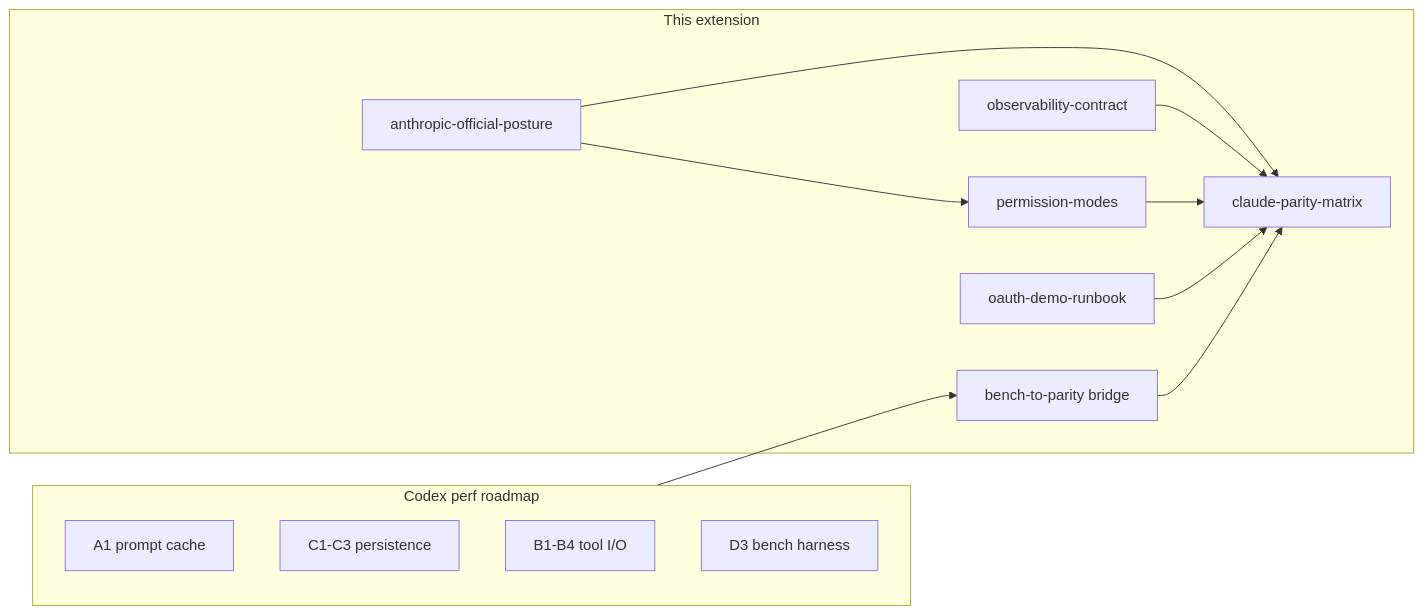
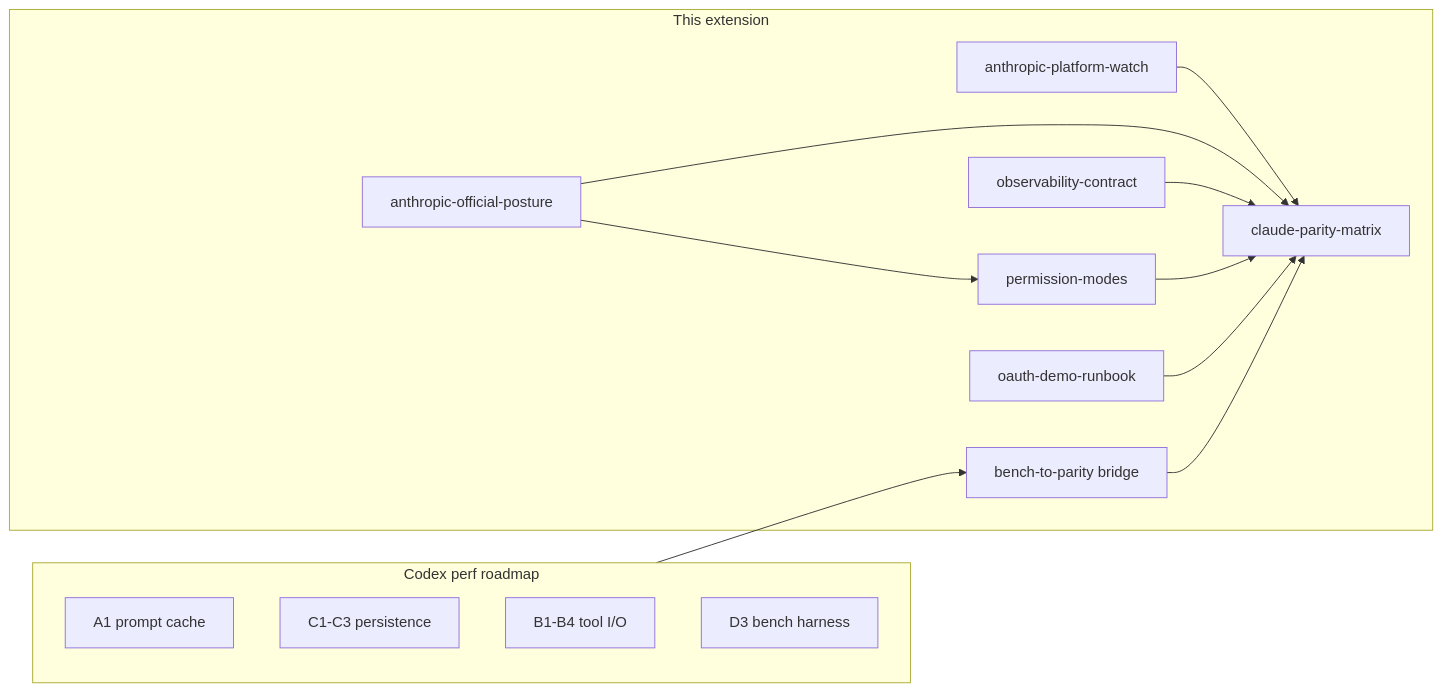
Before and after one commit to alankatanoisi/claude-local-bridge-playground: the first of 2 diagrams in .cursor/plans/beyond_perf_parity_lab-notes_9f8dc4a8.plan.md, drawn with Mermaid. The commit also changed other lines of this file and 5 other files, not shown here.

First line of the commit message:
Add anthropic-platform-expert as sixth Cursor doc lane.

````diff
--- a/.cursor/plans/beyond_perf_parity_lab-notes_9f8dc4a8.plan.md
+++ b/.cursor/plans/beyond_perf_parity_lab-notes_9f8dc4a8.plan.md
@@ -49,24 +52,26 @@
 ```mermaid
 flowchart LR
   subgraph codex [Codex perf roadmap]
     A1[A1 prompt cache]
     C1[C1-C3 persistence]
     B1[B1-B4 tool I/O]
     D3[D3 bench harness]
   end
   subgraph cursor [This extension]
     Official[anthropic-official-posture]
+    Watch[anthropic-platform-watch]
     Matrix[claude-parity-matrix]
     Perms[permission-modes]
     Events[observability-contract]
     BenchDoc[bench-to-parity bridge]
     Demo[oauth-demo-runbook]
   end
   Official --> Matrix
+  Watch --> Matrix
   Official --> Perms
   codex --> BenchDoc
   BenchDoc --> Matrix
   Events --> Matrix
   Perms --> Matrix
   Demo --> Matrix
 ```
````
